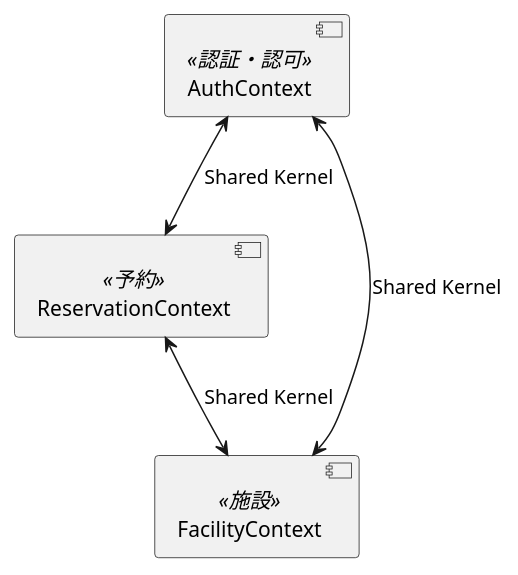
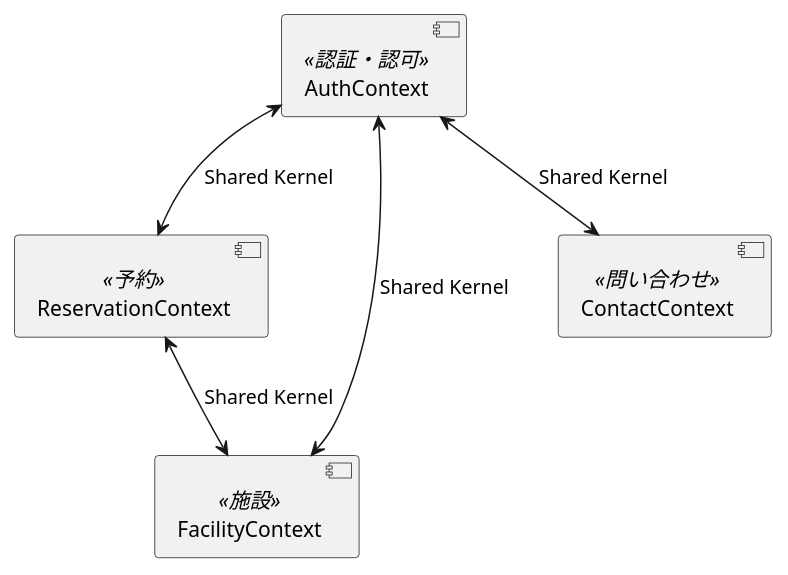
Before and after one commit to k2works/case-study-mrs: diagram 19 of 29 in docs/index.adoc, drawn with PlantUML. The commit also changed other lines of this file and 1 other file, not shown here.

```diff
--- a/docs/index.adoc
+++ b/docs/index.adoc
@@ -552,14 +613,17 @@
 [plantuml]
 ----
 skinparam componentStyle uml2
 
 component [AuthContext] <<認証・認可>>
 component [ReservationContext] <<予約>>
 component [FacilityContext] <<施設>>
+component [ContactContext] <<問い合わせ>>
 
 [AuthContext]<-->[ReservationContext] : Shared Kernel
 
 [AuthContext]<-->[FacilityContext] : Shared Kernel
 
+[AuthContext]<-->[ContactContext] : Shared Kernel
+
 [ReservationContext]<-->[FacilityContext] : Shared Kernel
 ----
```
